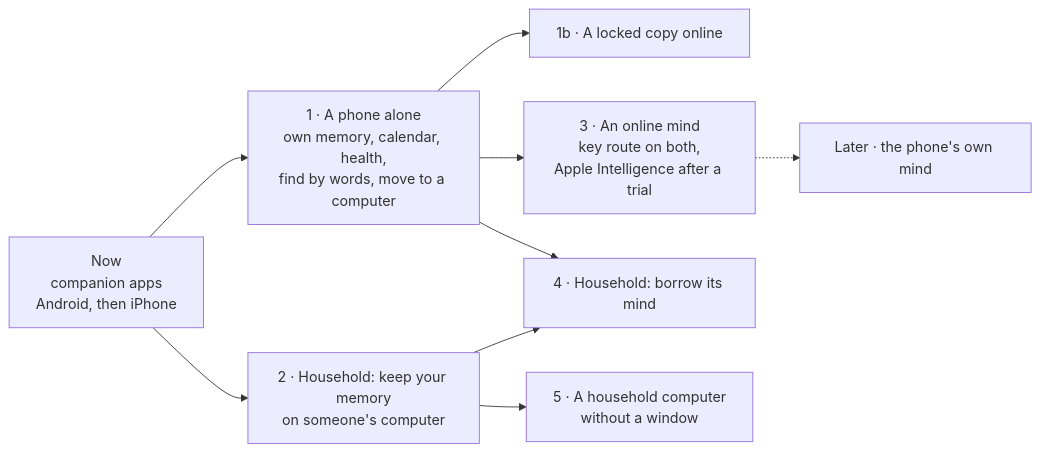
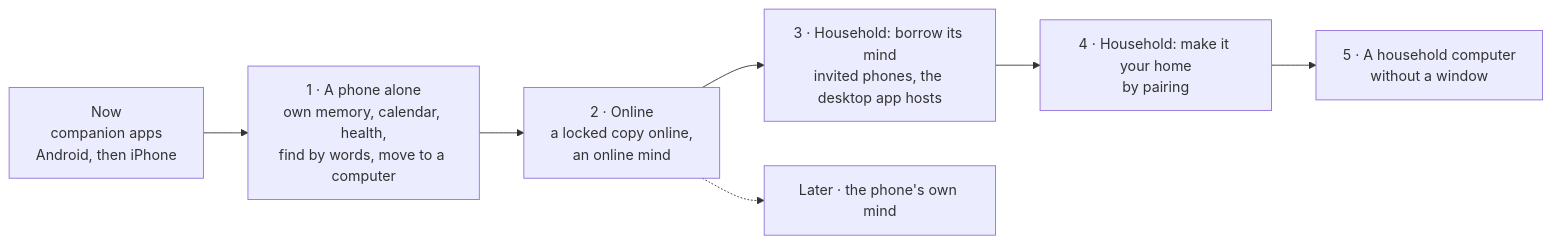
Before and after one commit to agync/nocturne: the fifth of 5 diagrams in docs/design/phone-parity.md, drawn with Mermaid. The commit also changed other lines of this file and 4 other files, not shown here.

````diff
--- a/docs/design/phone-parity.md
+++ b/docs/design/phone-parity.md
@@ -342,11 +364,9 @@
 ```mermaid
 flowchart LR
     P0["Now<br/>companion apps<br/>Android, then iPhone"] --> P1["1 · A phone alone<br/>own memory, calendar, health,<br/>find by words, move to a computer"]
-    P1 --> P1b["1b · A locked copy online"]
-    P0 --> P2["2 · Household: keep your memory<br/>on someone's computer"]
-    P1 --> P3["3 · An online mind<br/>key route on both,<br/>Apple Intelligence after a trial"]
-    P1 --> P4["4 · Household: borrow its mind"]
-    P2 --> P4
-    P2 --> P5["5 · A household computer<br/>without a window"]
-    P3 -.-> M["Later · the phone's own mind"]
+    P1 --> P2["2 · Online<br/>a locked copy online,<br/>an online mind"]
+    P2 --> P3["3 · Household: borrow its mind<br/>invited phones, the desktop app hosts"]
+    P3 --> P4["4 · Household: make it your home<br/>by pairing"]
+    P4 --> P5["5 · A household computer<br/>without a window"]
+    P2 -.-> M["Later · the phone's own mind"]
 ```
````
